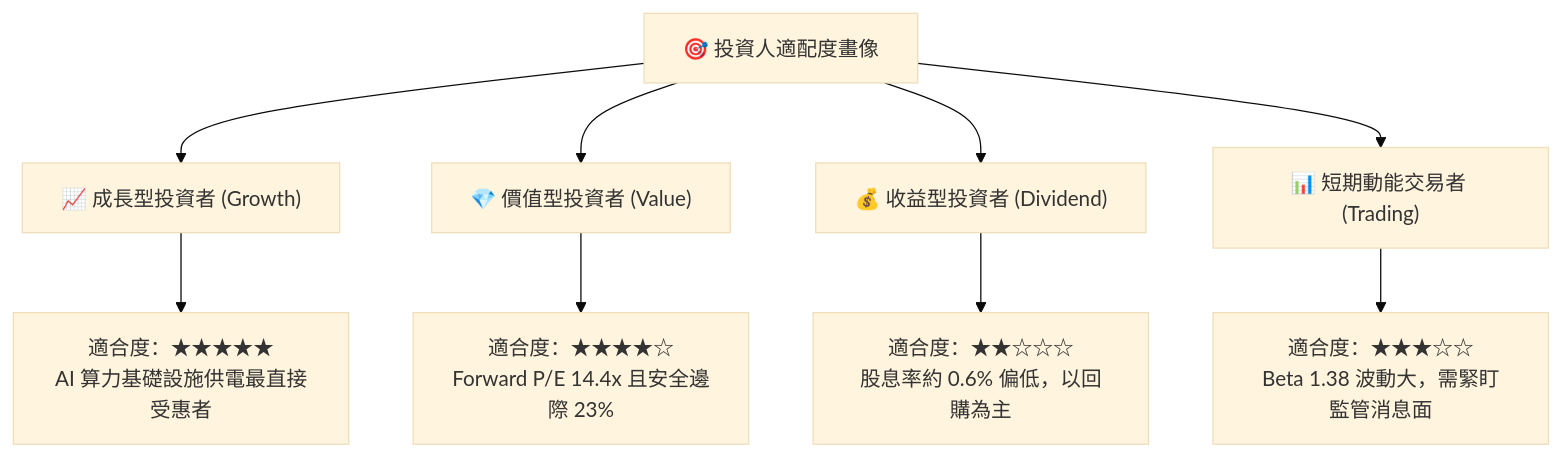
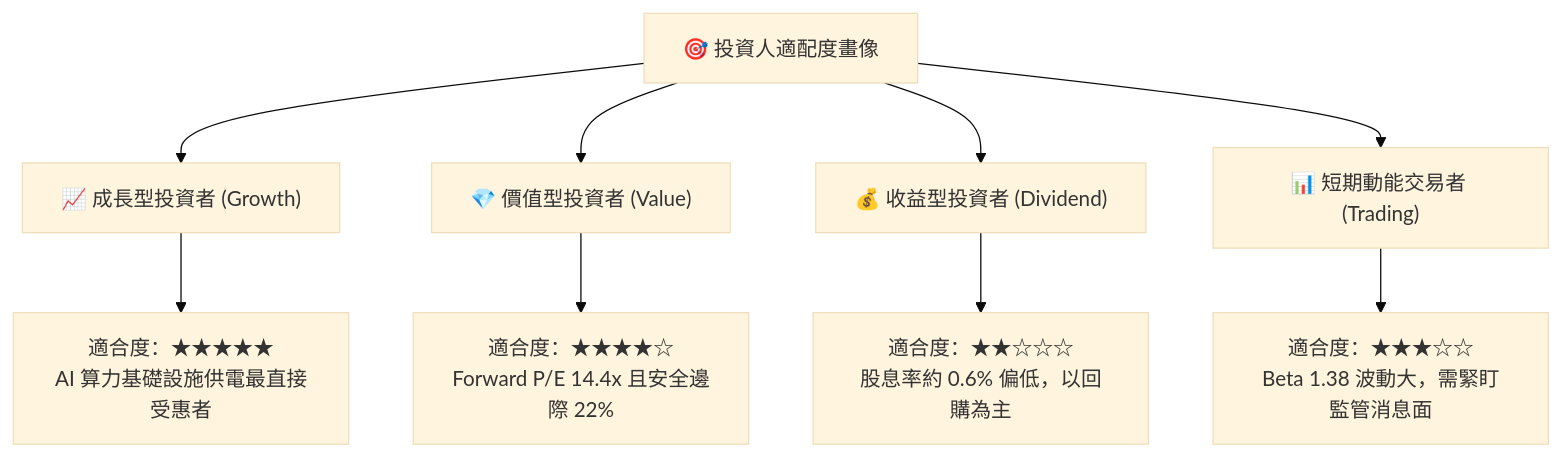
One commit to yennanliu/finance_data changed diagram 15 of 15 in ai_gen_report/fundamental/vst/fundamental_analysis_2026-10-19_gemini.md. Above: the diagram before and after it, drawn with Mermaid (base theme). The commit also changed other lines of this file and 339 other files, not shown here.

````diff
--- a/ai_gen_report/fundamental/vst/fundamental_analysis_2026-10-19_gemini.md
+++ b/ai_gen_report/fundamental/vst/fundamental_analysis_2026-10-19_gemini.md
@@ -1053,14 +1068,14 @@
 ```mermaid
 graph TD
     INV["🎯 投資人適配度畫像"]
 
     INV --> G["📈 成長型投資者 (Growth)"]
     INV --> V["💎 價值型投資者 (Value)"]
     INV --> D["💰 收益型投資者 (Dividend)"]
     INV --> T["📊 短期動能交易者 (Trading)"]
 
     G --> G1["適合度：★★★★★<br/>AI 算力基礎設施供電最直接受惠者"]
-    V --> V1["適合度：★★★★☆<br/>Forward P/E 14.4x 且安全邊際 23%"]
+    V --> V1["適合度：★★★★☆<br/>Forward P/E 14.4x 且安全邊際 22%"]
     D --> D1["適合度：★★☆☆☆<br/>股息率約 0.6% 偏低，以回購為主"]
     T --> T1["適合度：★★★☆☆<br/>Beta 1.38 波動大，需緊盯監管消息面"]
 ```
````
